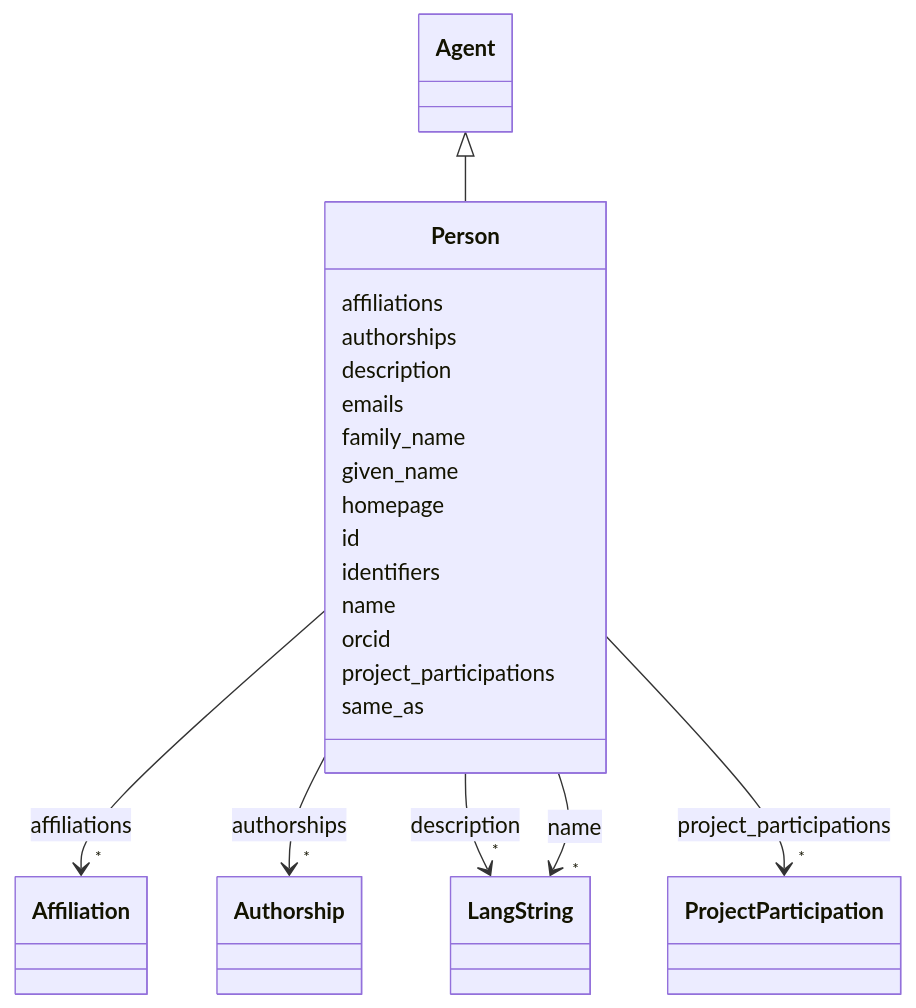
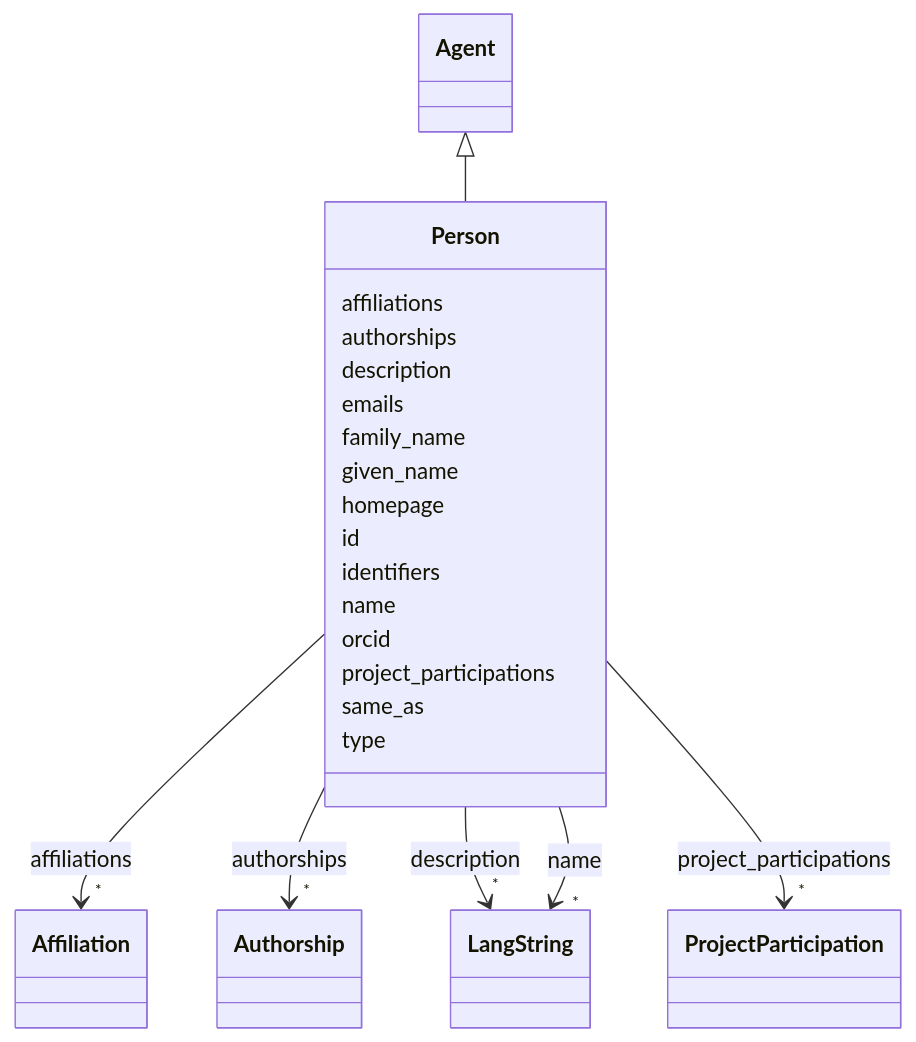
One commit to DARIAH-IL/idhi-manifests changed the diagram in docs/classes/Person.md. Above: the diagram before and after it, drawn with Mermaid. The commit also changed other lines of this file and 26 other files, not shown here.

````diff
--- a/docs/classes/Person.md
+++ b/docs/classes/Person.md
@@ -23,80 +23,82 @@
 ```mermaid
  classDiagram
     class Person
     click Person href "../../classes/Person/"
       Agent <|-- Person
         click Agent href "../../classes/Agent/"
       
       Person : affiliations
         
           
     
         
         
         Person --> "*" Affiliation : affiliations
         click Affiliation href "../../classes/Affiliation/"
     
 
         
       Person : authorships
         
           
     
         
         
         Person --> "*" Authorship : authorships
         click Authorship href "../../classes/Authorship/"
     
 
         
       Person : description
         
           
     
         
         
         Person --> "*" LangString : description
         click LangString href "../../classes/LangString/"
     
 
         
       Person : emails
         
       Person : family_name
         
       Person : given_name
         
       Person : homepage
         
       Person : id
         
       Person : identifiers
         
       Person : name
         
           
     
         
         
         Person --> "*" LangString : name
         click LangString href "../../classes/LangString/"
     
 
         
       Person : orcid
         
       Person : project_participations
         
           
     
         
         
         Person --> "*" ProjectParticipation : project_participations
         click ProjectParticipation href "../../classes/ProjectParticipation/"
     
 
         
       Person : same_as
         
+      Person : type
+        
       
 ```
````
